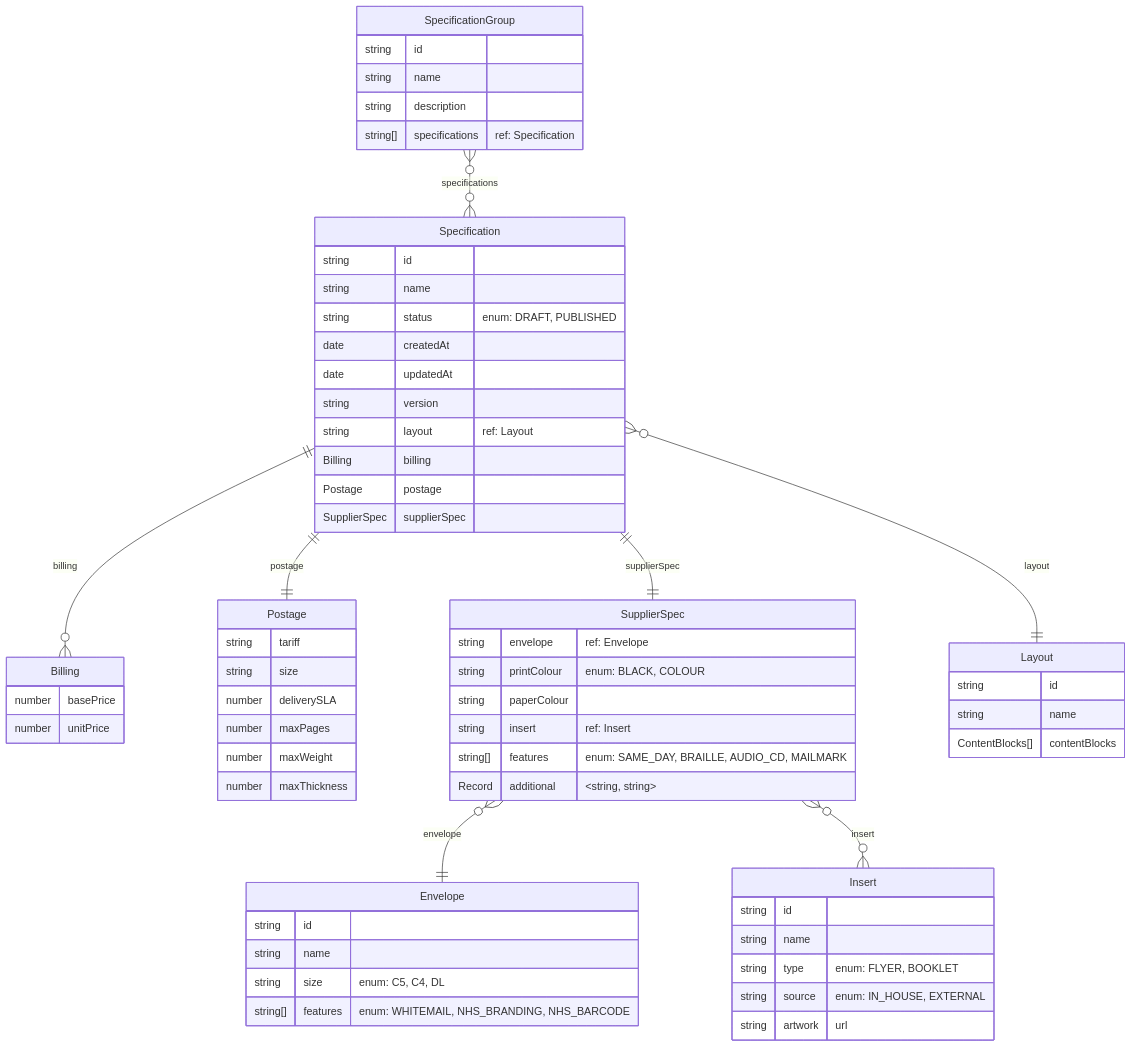
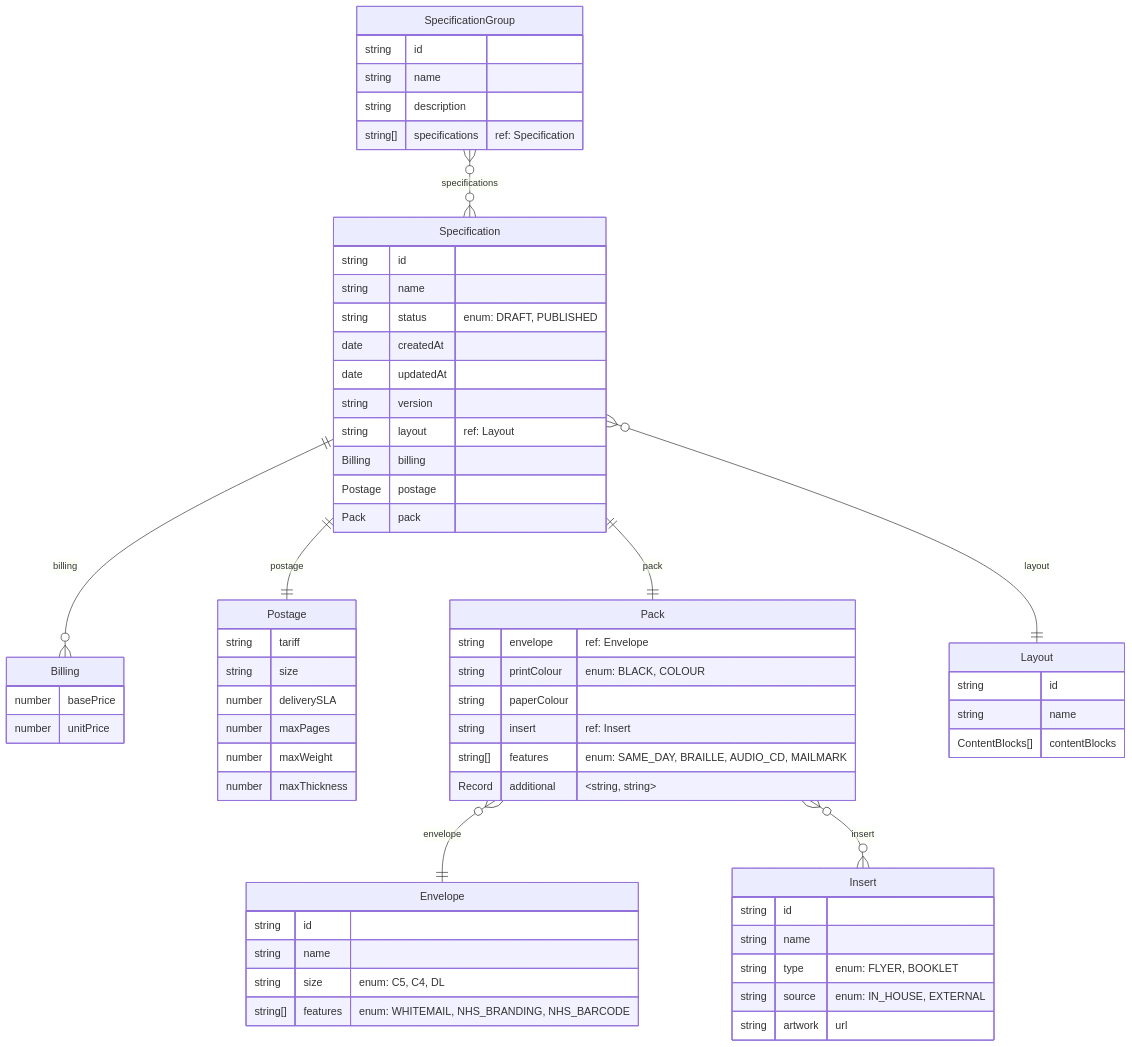
Before and after one commit to NHSDigital/nhs-notify-config: the diagram in packages/schemas/mermaid/specification-domain-model-1.0.0.md, drawn with Mermaid. The commit also changed 5 other files, not shown here.

First line of the commit message:
CCM-11327: Refactor specification model to replace SupplierSpec with Pack

````diff
--- a/packages/schemas/mermaid/specification-domain-model-1.0.0.md
+++ b/packages/schemas/mermaid/specification-domain-model-1.0.0.md
@@ -3,74 +3,74 @@
 ```mermaid
 erDiagram
     Specification {
         string id
         string name
         string status "enum: DRAFT, PUBLISHED"
         date createdAt
         date updatedAt
         string version
         string layout "ref: Layout"
         Billing billing
         Postage postage
-        SupplierSpec supplierSpec
+        Pack pack
     }
     Billing {
         number basePrice
         number unitPrice
     }
     Postage {
         string tariff
         string size
         number deliverySLA
         number maxPages
         number maxWeight
         number maxThickness
     }
-    SupplierSpec {
+    Pack {
         string envelope "ref: Envelope"
         string printColour "enum: BLACK, COLOUR"
         string paperColour
         string insert "ref: Insert"
         string[] features "enum: SAME_DAY, BRAILLE, AUDIO_CD, MAILMARK"
         Record additional "&lt;string, string&gt;"
     }
     Envelope {
     }
     Insert {
     }
     Layout {
     }
     Envelope {
         string id
         string name
         string size "enum: C5, C4, DL"
         string[] features "enum: WHITEMAIL, NHS_BRANDING, NHS_BARCODE"
     }
     Layout {
         string id
         string name
         ContentBlocks[] contentBlocks
     }
     Insert {
         string id
         string name
         string type "enum: FLYER, BOOKLET"
         string source "enum: IN_HOUSE, EXTERNAL"
         string artwork "url"
     }
     SpecificationGroup {
         string id
         string name
         string description
         string[] specifications "ref: Specification"
     }
     Specification {
     }
     Specification }o--|| Layout : "layout"
     Specification ||--o{ Billing : "billing"
     Specification ||--|| Postage : "postage"
-    Specification ||--|| SupplierSpec : "supplierSpec"
-    SupplierSpec }o--|| Envelope : "envelope"
-    SupplierSpec }o--o{ Insert : "insert"
+    Specification ||--|| Pack : "pack"
+    Pack }o--|| Envelope : "envelope"
+    Pack }o--o{ Insert : "insert"
     SpecificationGroup }o--o{ Specification : "specifications"
 ```
````
